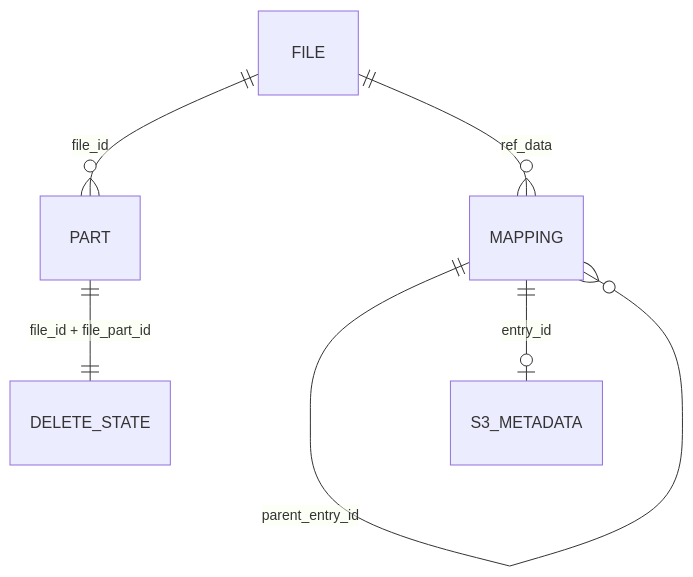
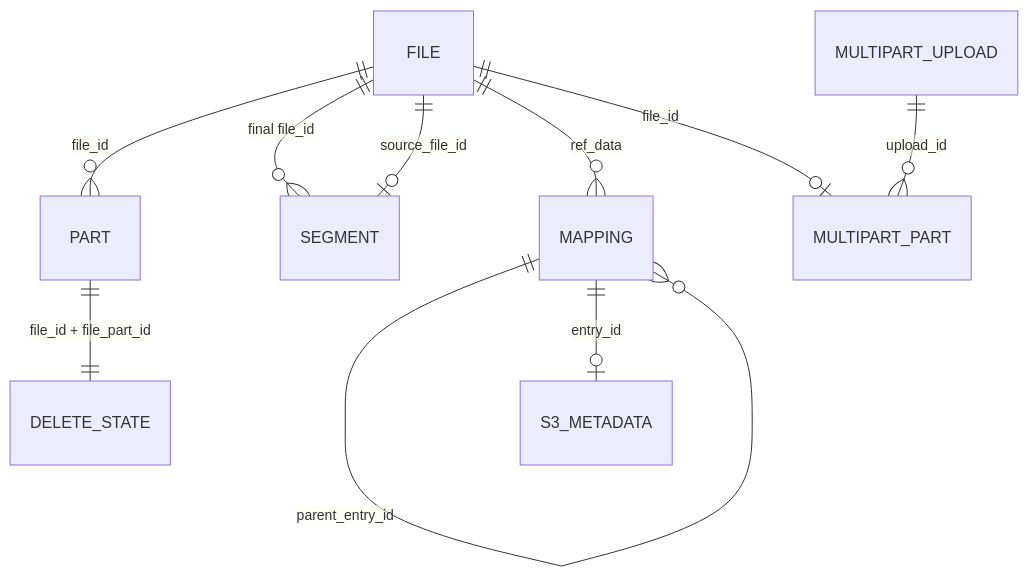
One commit to xxxsen/tgfile changed the first of 2 diagrams in docs/02-data-and-storage-model.md. Above: the diagram before and after it, drawn with Mermaid. The commit also changed other lines of this file and 38 other files, not shown here.

Commit message:
feat: multipart upload support

````diff
--- a/docs/02-data-and-storage-model.md
+++ b/docs/02-data-and-storage-model.md
@@ -9,8 +9,12 @@
 ```mermaid
 erDiagram
     FILE ||--o{ PART : "file_id"
+    FILE ||--o{ SEGMENT : "final file_id"
+    FILE ||--o| SEGMENT : "source_file_id"
     FILE ||--o{ MAPPING : "ref_data"
     MAPPING ||--o{ MAPPING : "parent_entry_id"
     MAPPING ||--o| S3_METADATA : "entry_id"
     PART ||--|| DELETE_STATE : "file_id + file_part_id"
+    MULTIPART_UPLOAD ||--o{ MULTIPART_PART : "upload_id"
+    FILE ||--o| MULTIPART_PART : "file_id"
 ```
````
